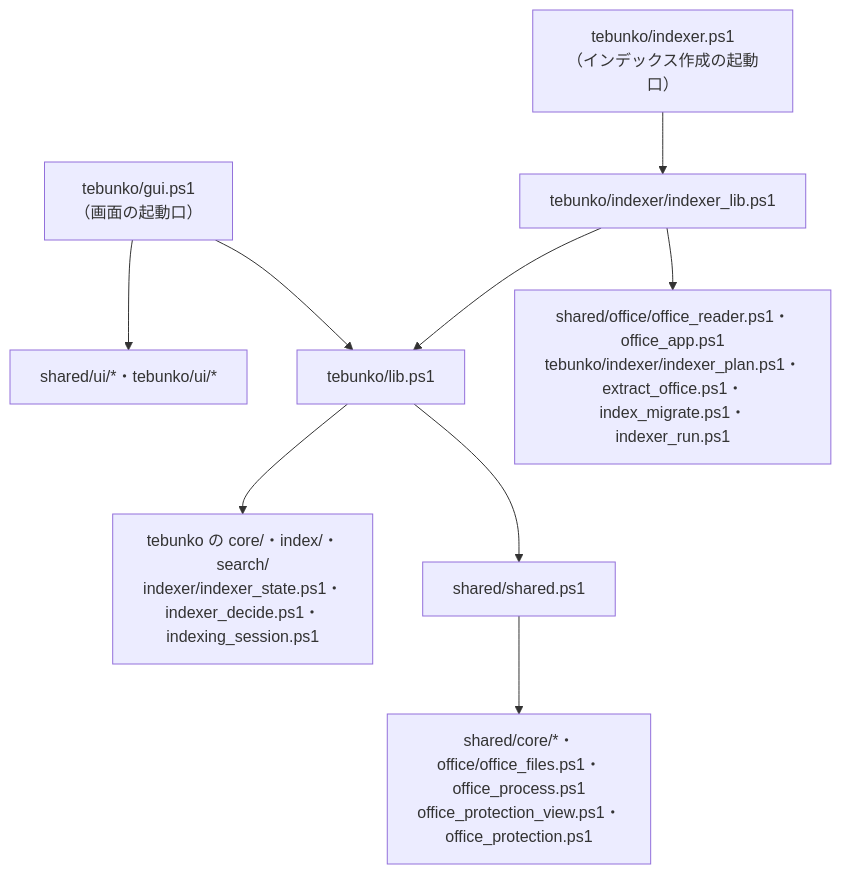
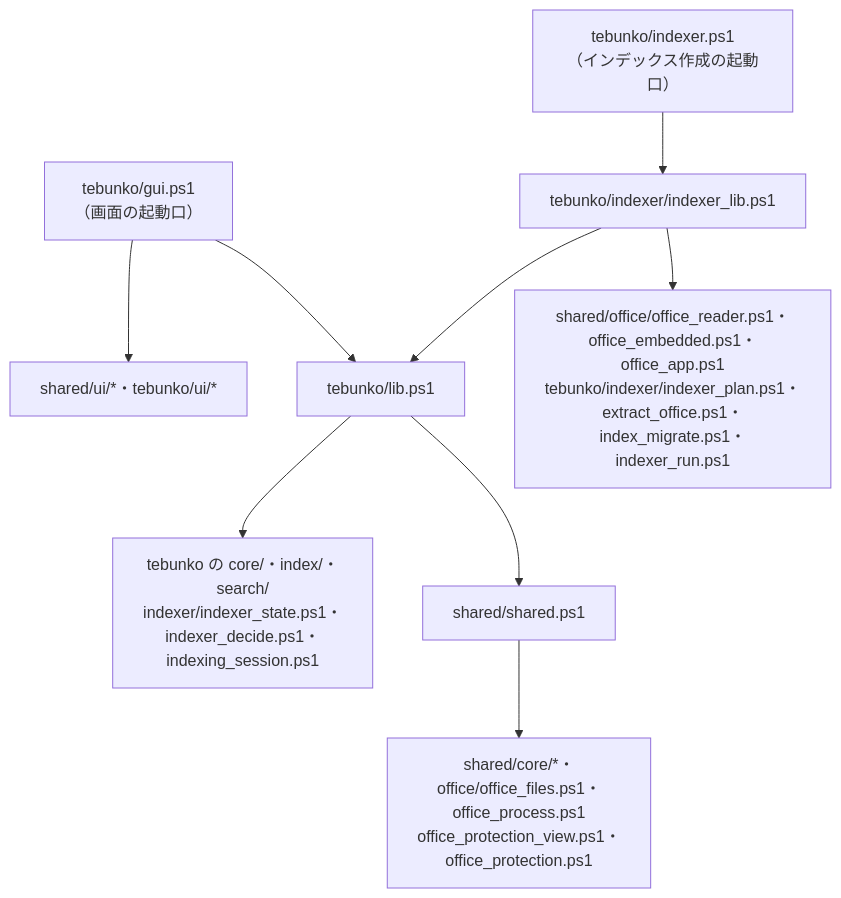
The diagram in docs/design/structure/source.md (hsgwa/tebunko), drawn with Mermaid before and after one commit. The commit also changed other lines of this file and 38 other files, not shown here.

````diff
--- a/docs/design/structure/source.md
+++ b/docs/design/structure/source.md
@@ -43,11 +43,11 @@
 ```mermaid
 flowchart TD
     GUI["tebunko/gui.ps1<br>（画面の起動口）"] --> LIB
     IDX["tebunko/indexer.ps1<br>（インデックス作成の起動口）"]
     GUI --> UI["shared/ui/*・tebunko/ui/*"]
-    IDX --> IXL["tebunko/indexer/indexer_lib.ps1"] --> IXO["shared/office/office_reader.ps1・office_app.ps1<br>tebunko/indexer/indexer_plan.ps1・extract_office.ps1・index_migrate.ps1・indexer_run.ps1"]
+    IDX --> IXL["tebunko/indexer/indexer_lib.ps1"] --> IXO["shared/office/office_reader.ps1・office_embedded.ps1・office_app.ps1<br>tebunko/indexer/indexer_plan.ps1・extract_office.ps1・index_migrate.ps1・indexer_run.ps1"]
     IXL --> LIB
     LIB["tebunko/lib.ps1"] --> SH["shared/shared.ps1"]
     LIB --> TG["tebunko の core/・index/・search/<br>indexer/indexer_state.ps1・indexer_decide.ps1・indexing_session.ps1"]
     SH --> SC["shared/core/*・office/office_files.ps1・office_process.ps1<br>office_protection_view.ps1・office_protection.ps1"]
 ```
````
